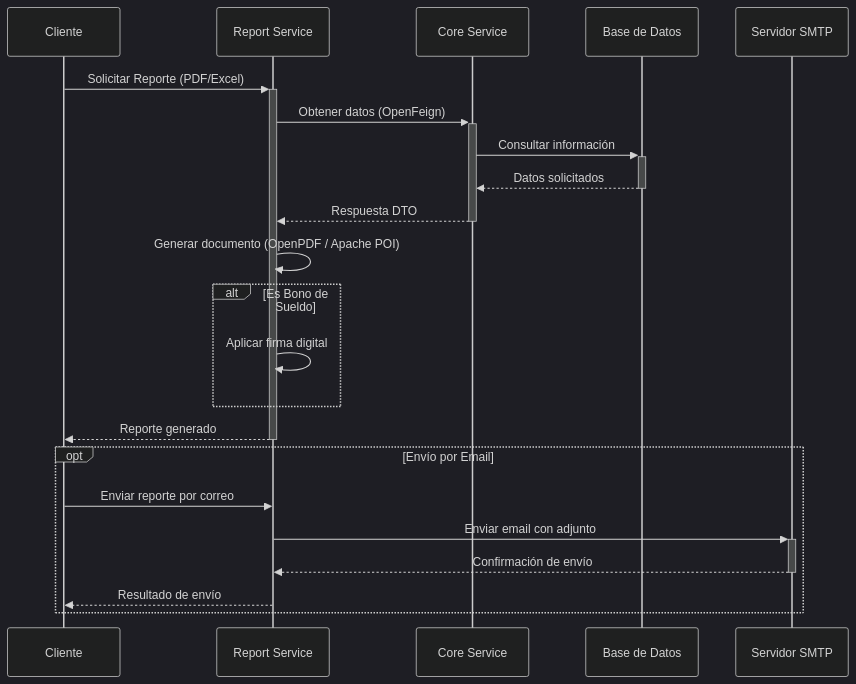
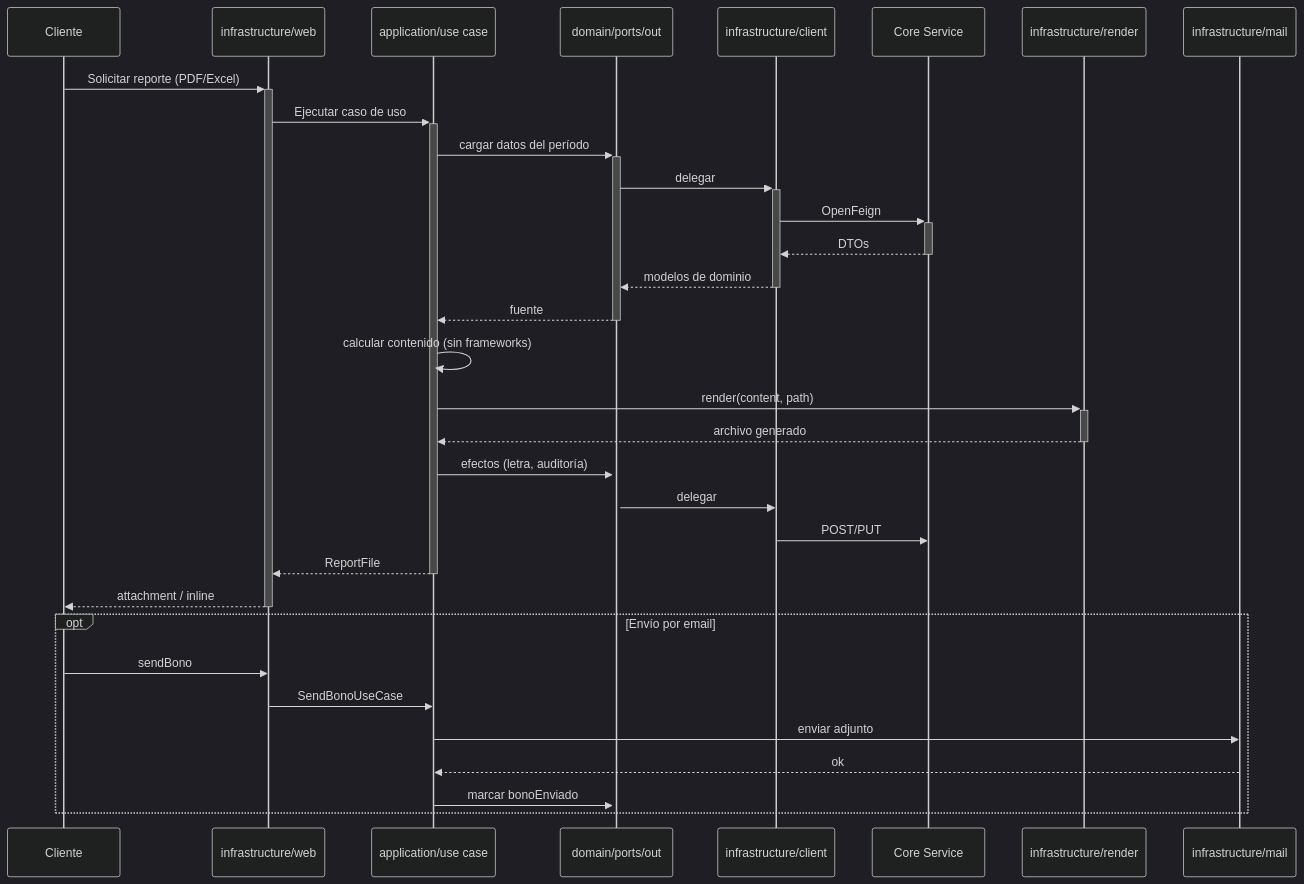
The diagram in docs/diagrams/flujo-reportes.mmd (UM-services/UM.haberes.report-service), drawn with Mermaid (dark theme) before and after one commit. The commit also changed 613 other files, not shown here.

```diff
--- a/docs/diagrams/flujo-reportes.mmd
+++ b/docs/diagrams/flujo-reportes.mmd
@@ -1,23 +1,34 @@
 sequenceDiagram
     participant Client as Cliente
-    participant ReportService as Report Service
-    participant CoreService as Core Service
-    participant DB as Base de Datos
-    participant Mail as Servidor SMTP
+    participant Web as infrastructure/web
+    participant UC as application/use case
+    participant Port as domain/ports/out
+    participant Adapter as infrastructure/client
+    participant Core as Core Service
+    participant Render as infrastructure/render
+    participant Mail as infrastructure/mail
 
-    Client->>+ReportService: Solicitar Reporte (PDF/Excel)
-    ReportService->>+CoreService: Obtener datos (OpenFeign)
-    CoreService->>+DB: Consultar información
-    DB-->>-CoreService: Datos solicitados
-    CoreService-->>-ReportService: Respuesta DTO
-    ReportService->>ReportService: Generar documento (OpenPDF / Apache POI)
-    alt Es Bono de Sueldo
-        ReportService->>ReportService: Aplicar firma digital
+    Client->>+Web: Solicitar reporte (PDF/Excel)
+    Web->>+UC: Ejecutar caso de uso
+    UC->>+Port: cargar datos del período
+    Port->>+Adapter: delegar
+    Adapter->>+Core: OpenFeign
+    Core-->>-Adapter: DTOs
+    Adapter-->>-Port: modelos de dominio
+    Port-->>-UC: fuente
+    UC->>UC: calcular contenido (sin frameworks)
+    UC->>+Render: render(content, path)
+    Render-->>-UC: archivo generado
+    UC->>+Port: efectos (letra, auditoría)
+    Port->>Adapter: delegar
+    Adapter->>Core: POST/PUT
+    UC-->>-Web: ReportFile
+    Web-->>-Client: attachment / inline
+
+    opt Envío por email
+        Client->>Web: sendBono
+        Web->>UC: SendBonoUseCase
+        UC->>Mail: enviar adjunto
+        Mail-->>UC: ok
+        UC->>Port: marcar bonoEnviado
     end
-    ReportService-->>-Client: Reporte generado
-    opt Envío por Email
-        Client->>ReportService: Enviar reporte por correo
-        ReportService->>+Mail: Enviar email con adjunto
-        Mail-->>-ReportService: Confirmación de envío
-        ReportService-->>Client: Resultado de envío
-    end
```
